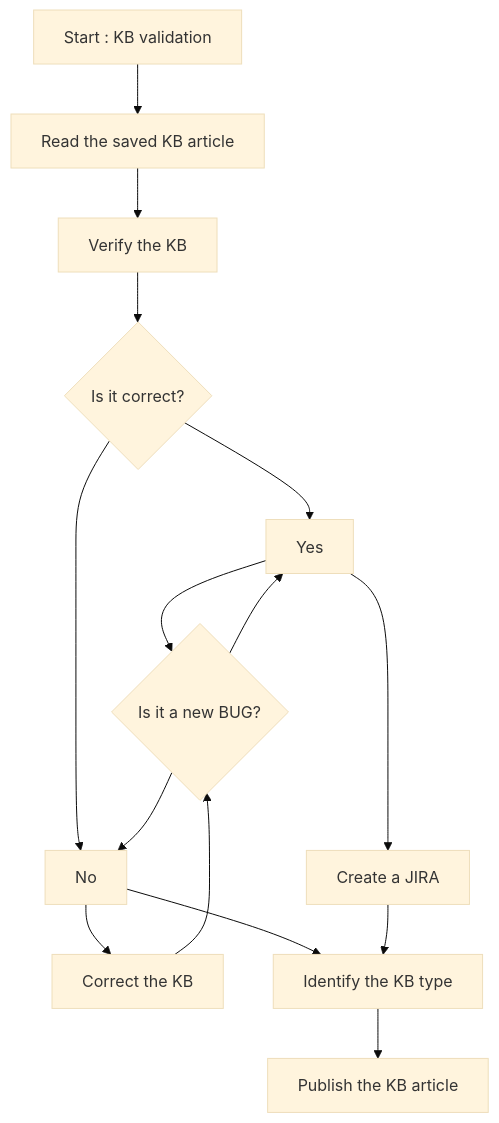
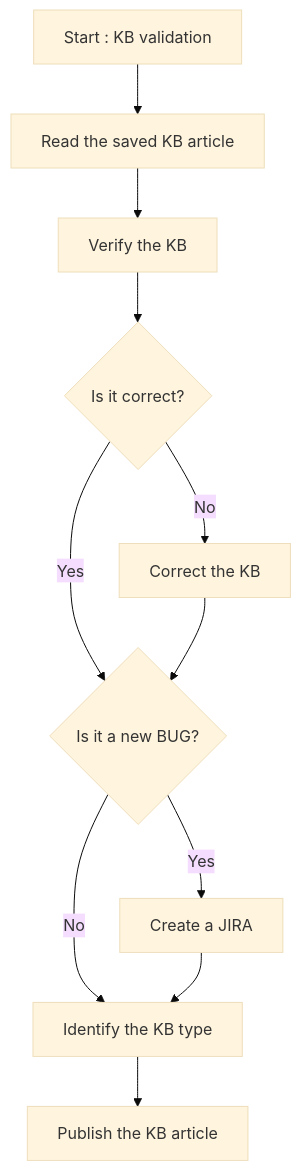
The third of 3 diagrams in README.md (alexvea/KB), drawn with Mermaid (base theme) before and after one commit.

````diff
--- a/README.md
+++ b/README.md
@@ -165,13 +165,13 @@
 ```mermaid
 flowchart TD
 A[Start : KB validation] --> B[Read the saved KB article];
 B[Read the saved KB article] --> C[Verify the KB];
 C[Verify the KB] --> D{Is it correct?};
-D --> Yes --> E{Is it a new BUG?};
-D --> No --> F[Correct the KB];
+D -- Yes --> E{Is it a new BUG?};
+D -- No --> F[Correct the KB];
 F --> E{Is it a new BUG?}
-E --> Yes --> H[Create a JIRA];
-E --> No --> I[Identify the KB type];
+E -- Yes --> H[Create a JIRA];
+E -- No --> I[Identify the KB type];
 H --> I[Identify the KB type];
 I[Identify the KB type] --> J[Publish the KB article];
 ```
````
